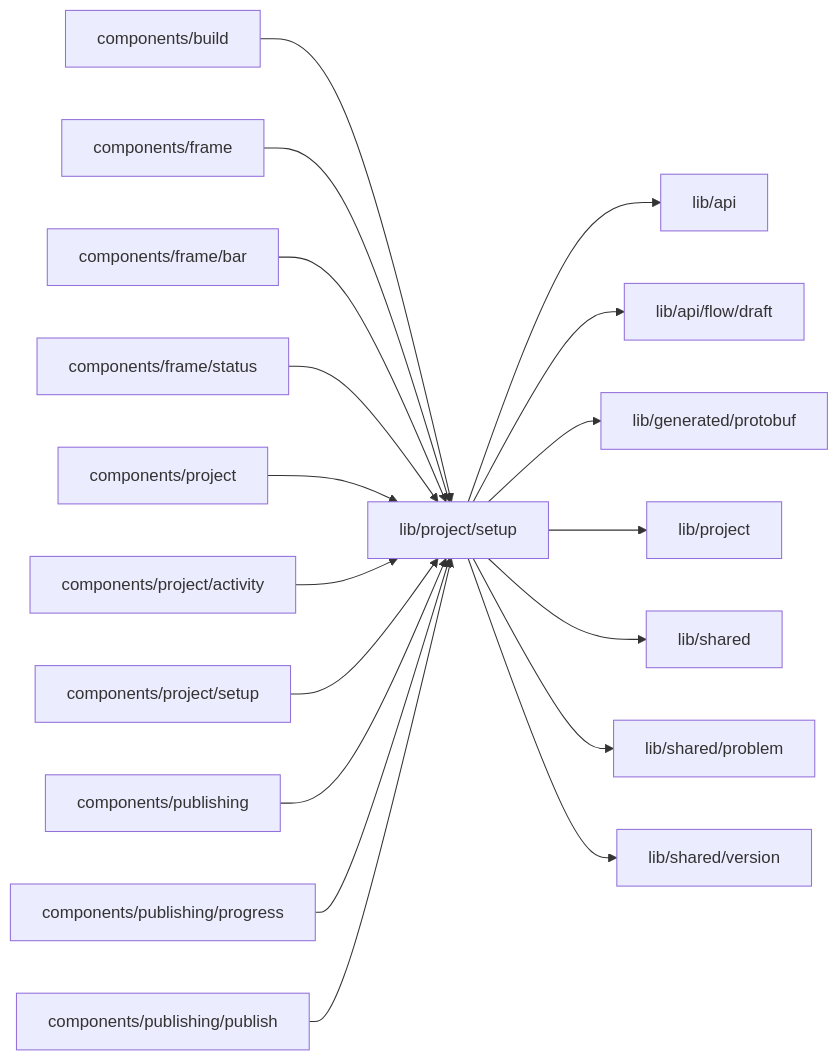
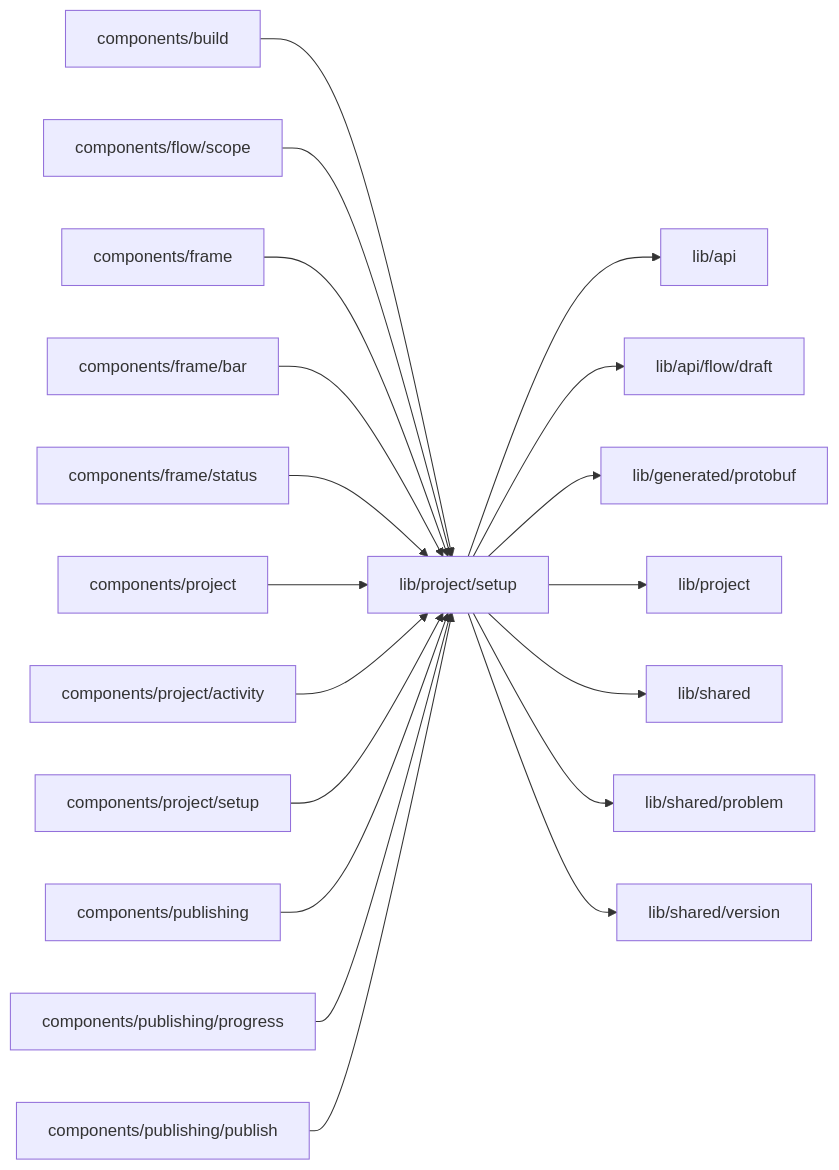
The diagram in web/studio/lib/project/setup/README.md (superdurable/superverse), drawn with Mermaid before and after one commit. The commit also changed other lines of this file and 278 other files, not shown here.

````diff
--- a/web/studio/lib/project/setup/README.md
+++ b/web/studio/lib/project/setup/README.md
@@ -10,21 +10,22 @@
 ```mermaid
 flowchart LR
   self["lib/project/setup"]
   c0["components/build"] --> self
-  c1["components/frame"] --> self
-  c2["components/frame/bar"] --> self
-  c3["components/frame/status"] --> self
-  c4["components/project"] --> self
-  c5["components/project/activity"] --> self
-  c6["components/project/setup"] --> self
-  c7["components/publishing"] --> self
-  c8["components/publishing/progress"] --> self
-  c9["components/publishing/publish"] --> self
+  c1["components/flow/scope"] --> self
+  c2["components/frame"] --> self
+  c3["components/frame/bar"] --> self
+  c4["components/frame/status"] --> self
+  c5["components/project"] --> self
+  c6["components/project/activity"] --> self
+  c7["components/project/setup"] --> self
+  c8["components/publishing"] --> self
+  c9["components/publishing/progress"] --> self
+  c10["components/publishing/publish"] --> self
   self --> d0["lib/api"]
   self --> d1["lib/api/flow/draft"]
   self --> d2["lib/generated/protobuf"]
   self --> d3["lib/project"]
   self --> d4["lib/shared"]
   self --> d5["lib/shared/problem"]
   self --> d6["lib/shared/version"]
 ```
````
